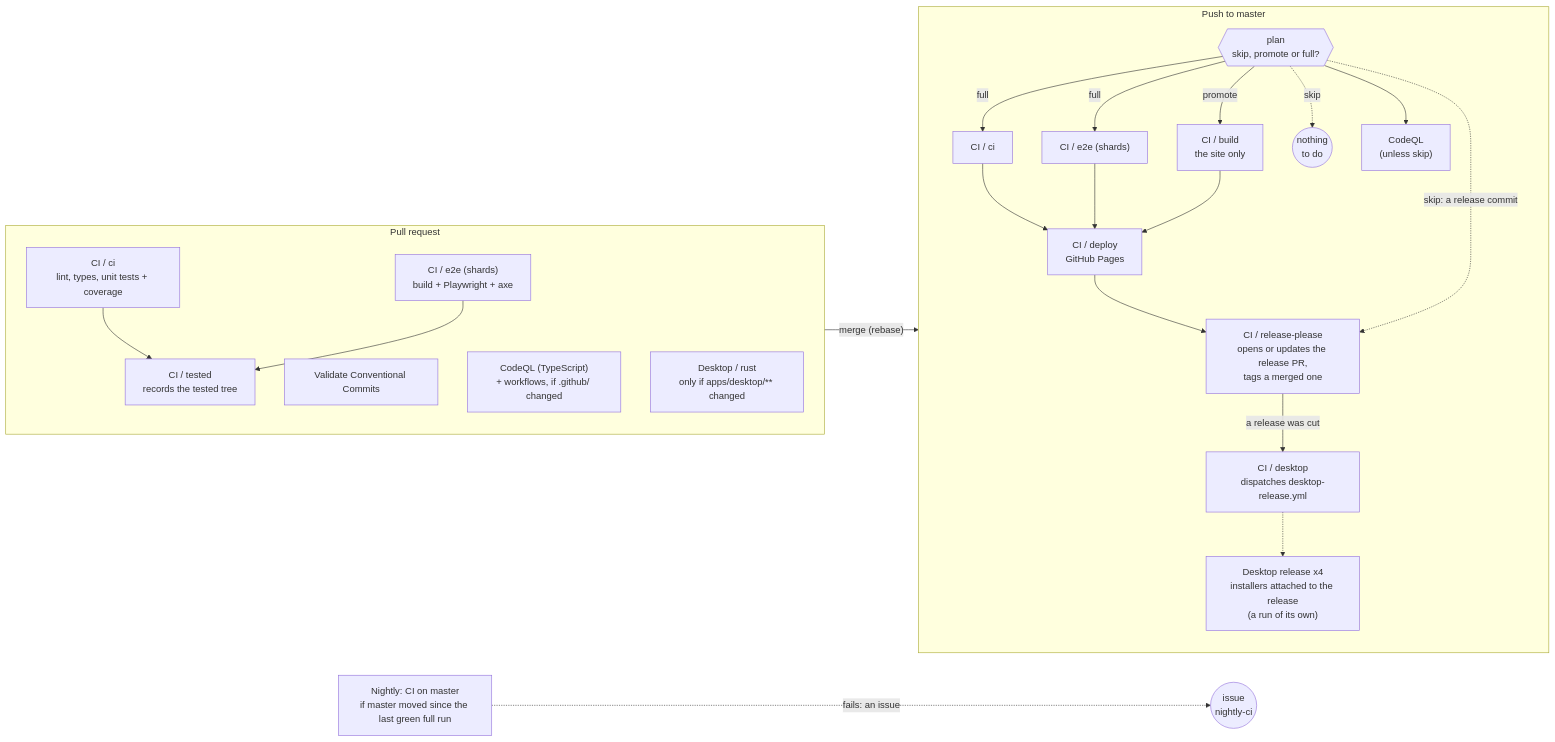
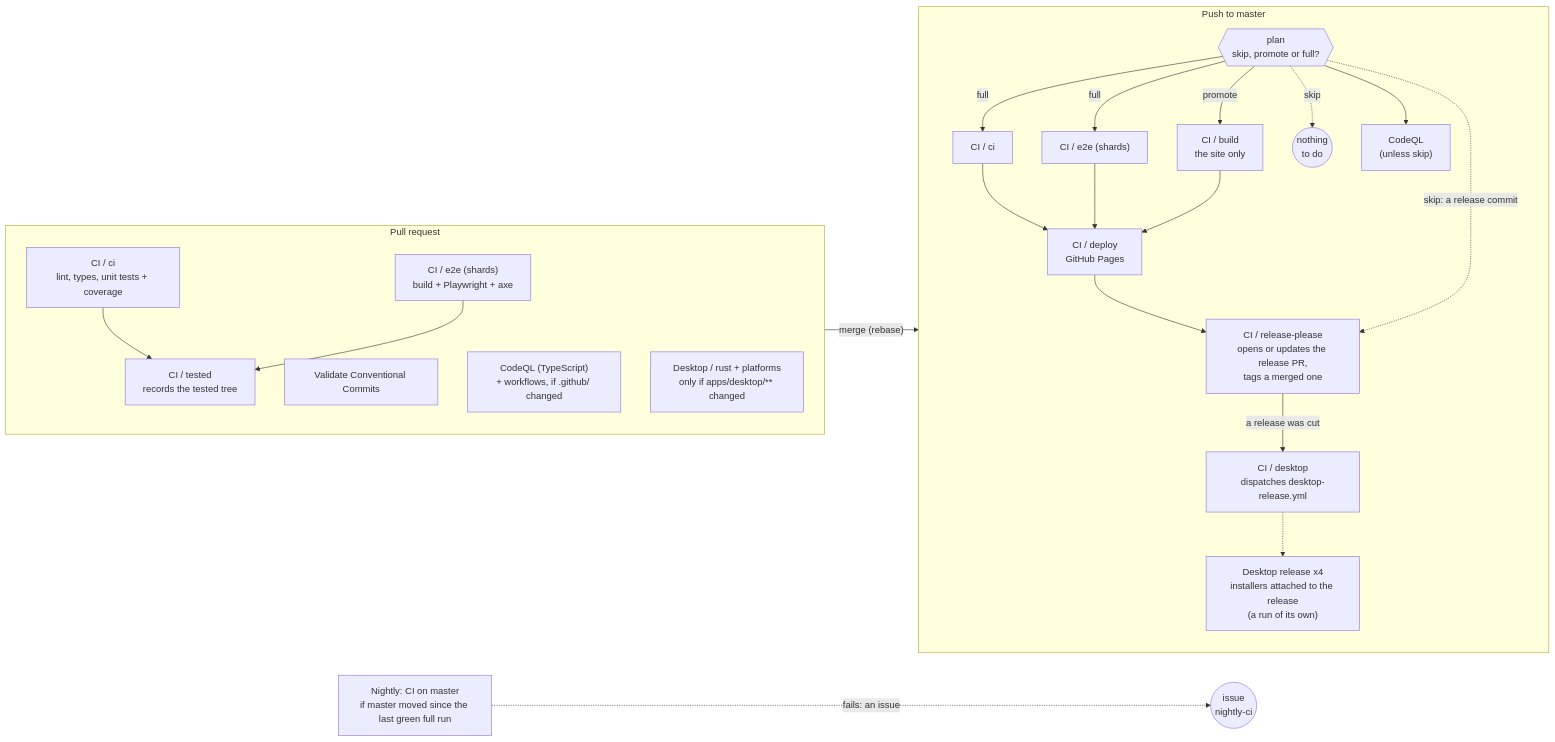
Before and after one commit to kqesar/alltp-tracker: the first of 3 diagrams in docs/ci.md, drawn with Mermaid. The commit also changed other lines of this file and 1 other file, not shown here.

````diff
--- a/docs/ci.md
+++ b/docs/ci.md
@@ -7,32 +7,32 @@
 ```mermaid
 flowchart LR
   subgraph PR["Pull request"]
     direction TB
     ci_pr["CI / ci<br/>lint, types, unit tests + coverage"]
     e2e_pr["CI / e2e (shards)<br/>build + Playwright + axe"]
     rec["CI / tested<br/>records the tested tree"]
     vc["Validate Conventional Commits"]
     cq_pr["CodeQL (TypeScript)<br/>+ workflows, if .github/ changed"]
-    dk_pr["Desktop / rust<br/>only if apps/desktop/** changed"]
+    dk_pr["Desktop / rust + platforms<br/>only if apps/desktop/** changed"]
     ci_pr & e2e_pr --> rec
   end
   subgraph MASTER["Push to master"]
     direction TB
     plan{{"plan<br/>skip, promote or full?"}}
     plan -->|full| ci_m["CI / ci"]
     plan -->|full| e2e_m["CI / e2e (shards)"]
     plan -->|promote| build["CI / build<br/>the site only"]
     plan -.->|skip| none(("nothing<br/>to do"))
     plan --> cq_m["CodeQL<br/>(unless skip)"]
     ci_m --> deploy["CI / deploy<br/>GitHub Pages"]
     e2e_m --> deploy
     build --> deploy
     deploy --> rp["CI / release-please<br/>opens or updates the release PR,<br/>tags a merged one"]
     plan -.->|"skip: a release commit"| rp
     rp -->|a release was cut| inst["CI / desktop<br/>dispatches desktop-release.yml"]
     inst -.-> dr["Desktop release x4<br/>installers attached to the release<br/>(a run of its own)"]
   end
   nightly["Nightly: CI on master<br/>if master moved since the last green full run"]
   PR -->|"merge (rebase)"| MASTER
   nightly -. "fails: an issue" .-> issue(("issue<br/>nightly-ci"))
 ```
````
